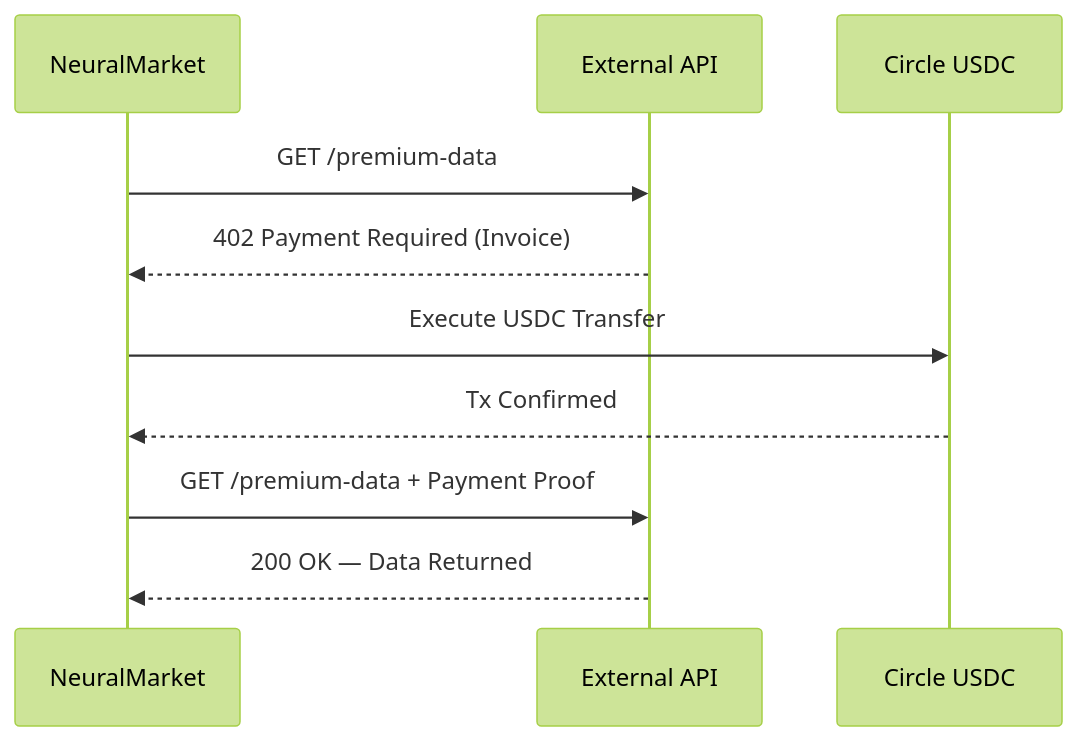
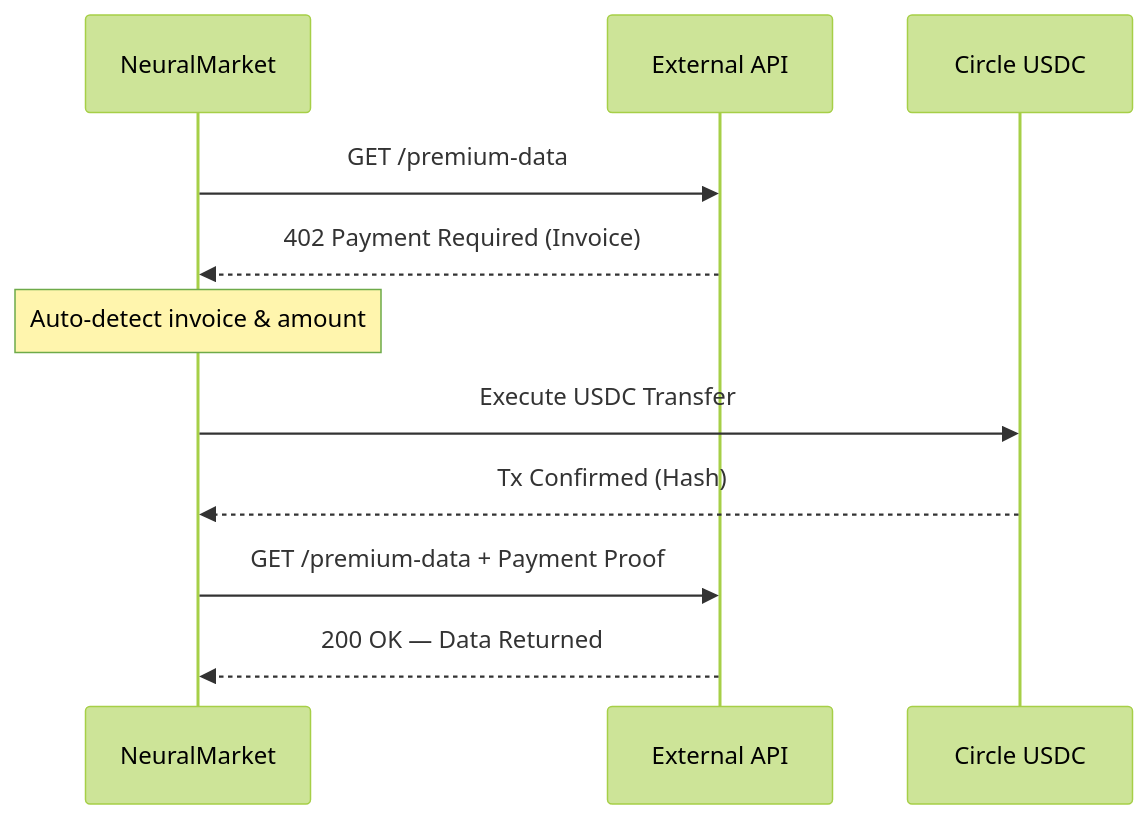
One commit to shashankrpatil077-ctrl/NeuralMarket changed the diagram in README.md. Above: the diagram before and after it, drawn with Mermaid (forest theme). The commit also changed other lines of this file, not shown here.

Commit message:
docs: Premium redesign — animated header/footer, typing SVG, feature cards, advanced config, payment flow diagram

````diff
--- a/README.md
+++ b/README.md
@@ -28,13 +46,14 @@
 ```mermaid
 sequenceDiagram
     participant Client as NeuralMarket
     participant API as External API
     participant Circle as Circle USDC
 
     Client->>API: GET /premium-data
     API-->>Client: 402 Payment Required (Invoice)
+    Note over Client: Auto-detect invoice & amount
     Client->>Circle: Execute USDC Transfer
-    Circle-->>Client: Tx Confirmed
+    Circle-->>Client: Tx Confirmed (Hash)
     Client->>API: GET /premium-data + Payment Proof
     API-->>Client: 200 OK — Data Returned
 ```
````
